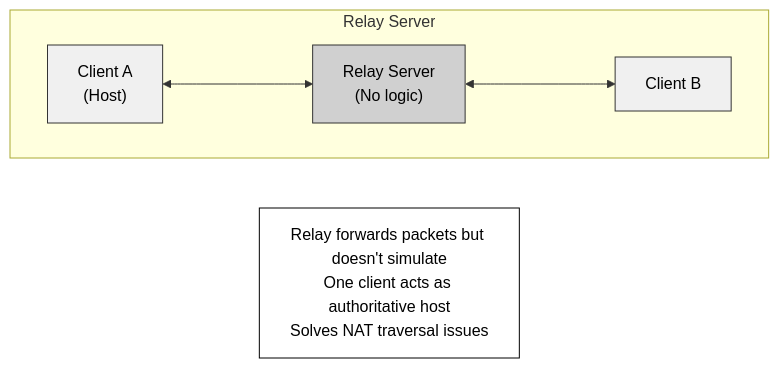
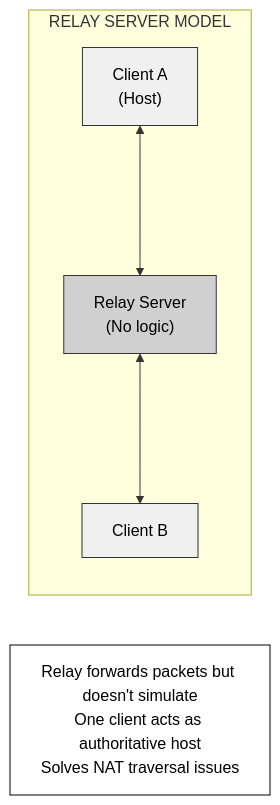
The fourth of 7 diagrams in chapter_15_multiplayer.md (jukofyork/close-combat-architecture-study), drawn with Mermaid before and after one commit. The commit also changed other lines of this file and 8 other files, not shown here.

````diff
--- a/chapter_15_multiplayer.md
+++ b/chapter_15_multiplayer.md
@@ -514,22 +511,21 @@
 ```mermaid
 flowchart LR
     classDef default fill:#fff,stroke:#000,stroke-width:1px,color:#000
     classDef light fill:#f0f0f0,stroke:#333,stroke-width:1px,color:#000
     classDef medium fill:#d0d0d0,stroke:#333,stroke-width:1px,color:#000
     classDef dark fill:#b0b0b0,stroke:#000,stroke-width:2px,color:#000
 
-    subgraph Relay["Relay Server"]
-        direction LR
+    subgraph Relay["RELAY SERVER MODEL"]
 
         ClientA["Client A\n(Host)"]
         RelayServer["Relay Server\n(No logic)"]
         ClientB["Client B"]
 
         ClientA <---> RelayServer <---> ClientB
     end
 
     Note["Relay forwards packets but doesn't simulate\nOne client acts as authoritative host\nSolves NAT traversal issues"]
 
     class ClientA,ClientB light
     class RelayServer medium
 ```
````
